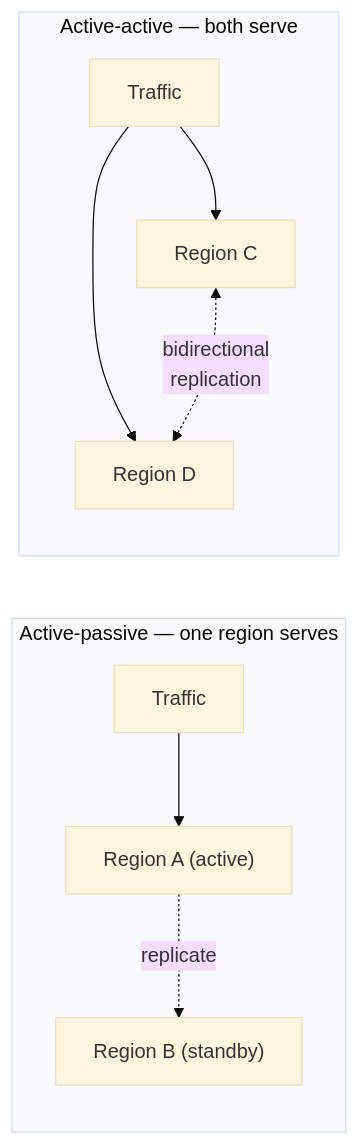
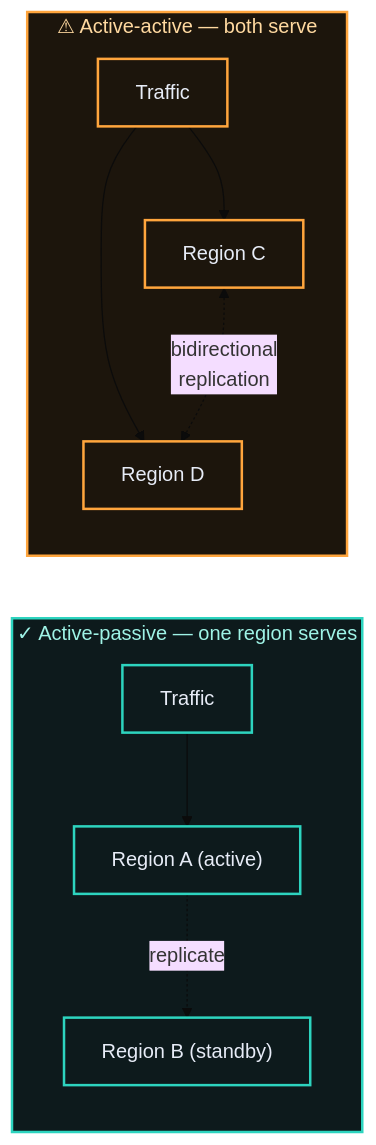
The first of 3 diagrams in adrs/003-multi-region-active-active-vs-active-passive.md (raghavarora12/engineering-playbook), drawn with Mermaid (base theme) before and after one commit. The commit also changed other lines of this file and 10 other files, not shown here.

````diff
--- a/adrs/003-multi-region-active-active-vs-active-passive.md
+++ b/adrs/003-multi-region-active-active-vs-active-passive.md
@@ -67,14 +67,21 @@
 ```mermaid
 flowchart LR
-    subgraph AP["Active-passive — one region serves"]
+    subgraph AP["✓ Active-passive — one region serves"]
         direction TB
         lb1["Traffic"] --> ra["Region A (active)"]
         ra -. "replicate" .-> rb["Region B (standby)"]
     end
-    subgraph AA["Active-active — both serve"]
+    subgraph AA["⚠ Active-active — both serve"]
         direction TB
         lb2["Traffic"] --> rc["Region C"]
         lb2 --> rd["Region D"]
         rc <-. "bidirectional<br/>replication" .-> rd
     end
+
+    classDef good fill:#0d1a1c,stroke:#2dd4bf,stroke-width:2px,color:#e7ecf7
+    classDef warn fill:#1c150c,stroke:#ffa53d,stroke-width:2px,color:#e7ecf7
+    class lb1,ra,rb good
+    class lb2,rc,rd warn
+    style AP fill:#0d1a1c,stroke:#2dd4bf,stroke-width:2px,color:#9ff3e6
+    style AA fill:#1c150c,stroke:#ffa53d,stroke-width:2px,color:#ffd9a0
 ```
````
